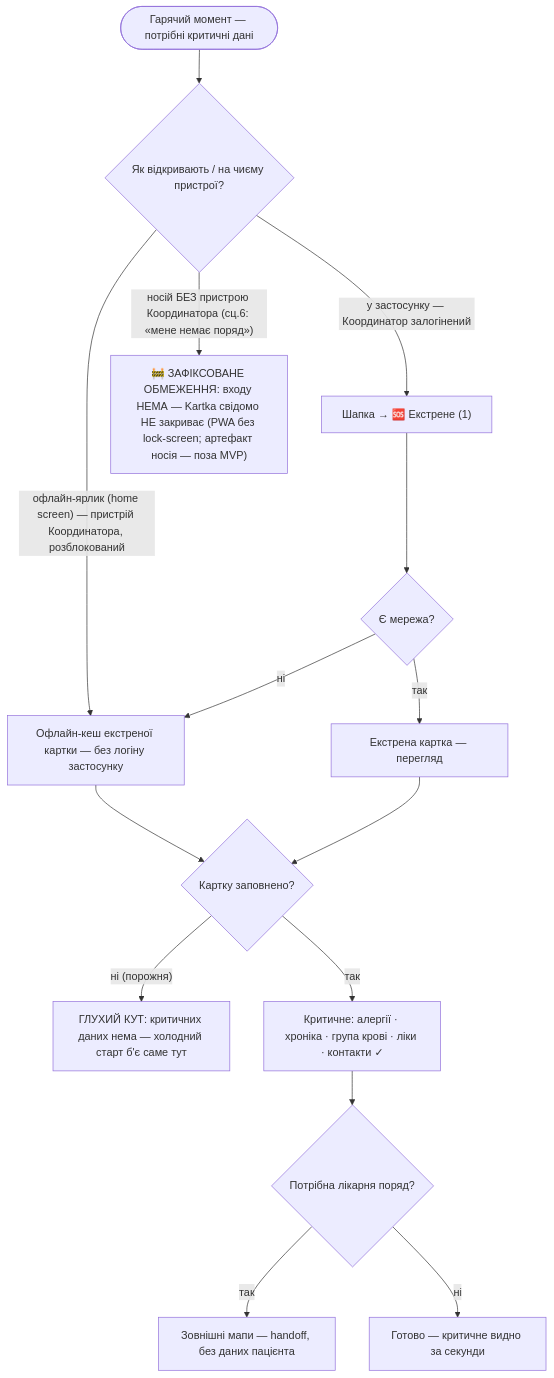
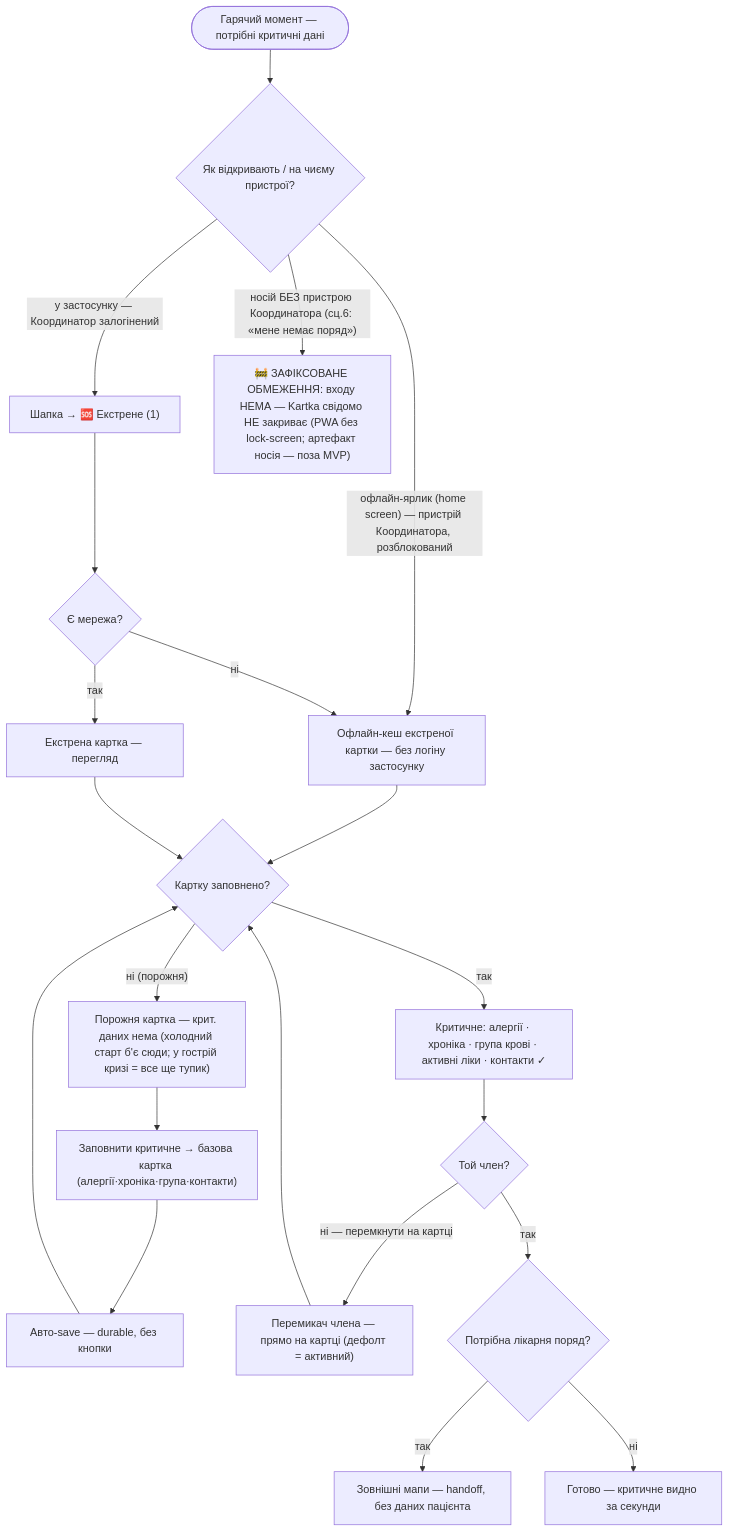
Before and after one commit to DShkiaruk/Kartka: the third of 3 diagrams in flows.md, drawn with Mermaid. The commit also changed other lines of this file and 1 other file, not shown here.

First line of the commit message:
flows/_screens: R5 edit-метадані замкнено (джерело)

````diff
--- a/flows.md
+++ b/flows.md
@@ -139,20 +139,26 @@
 ```mermaid
 flowchart TD
   trigger(["Гарячий момент — потрібні критичні дані"]) --> entry{"Як відкривають / на чиєму пристрої?"}
   entry -->|"офлайн-ярлик (home screen) — пристрій Координатора, розблокований"| offcache["Офлайн-кеш екстреної картки — без логіну застосунку"]
   entry -->|"у застосунку — Координатор залогінений"| header["Шапка → 🆘 Екстрене (1)"]
   entry -->|"носій БЕЗ пристрою Координатора (сц.6: «мене немає поряд»)"| nodev["🚧 ЗАФІКСОВАНЕ ОБМЕЖЕННЯ: входу НЕМА — Kartka свідомо НЕ закриває (PWA без lock-screen; артефакт носія — поза MVP)"]
 
   header --> net{"Є мережа?"}
   net -->|ні| offcache
   net -->|так| online["Екстрена картка — перегляд"]
 
   offcache --> card
   online --> card{"Картку заповнено?"}
-  card -->|"ні (порожня)"| deadempty["ГЛУХИЙ КУТ: критичних даних нема — холодний старт б'є саме тут"]
-  card -->|так| show["Критичне: алергії · хроніка · група крові · ліки · контакти ✓"]
+  card -->|"ні (порожня)"| deadempty["Порожня картка — крит. даних нема (холодний старт б'є сюди; у гострій кризі = все ще тупик)"]
+  deadempty --> fillcrit["Заповнити критичне → базова картка (алергії·хроніка·група·контакти)"]
+  fillcrit --> saveBC["Авто-save — durable, без кнопки"]
+  saveBC --> card
+  card -->|так| show["Критичне: алергії · хроніка · група крові · активні ліки · контакти ✓"]
 
-  show --> hosp{"Потрібна лікарня поряд?"}
+  show --> who2{"Той член?"}
+  who2 -->|"ні — перемкнути на картці"| memswitch["Перемикач члена — прямо на картці (дефолт = активний)"]
+  memswitch --> card
+  who2 -->|так| hosp{"Потрібна лікарня поряд?"}
   hosp -->|так| maps["Зовнішні мапи — handoff, без даних пацієнта"]
   hosp -->|ні| done["Готово — критичне видно за секунди"]
 ```
````
